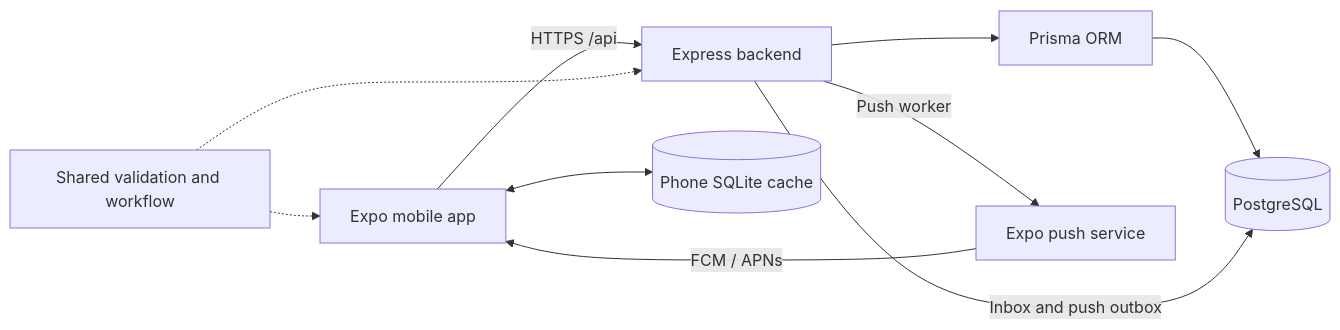
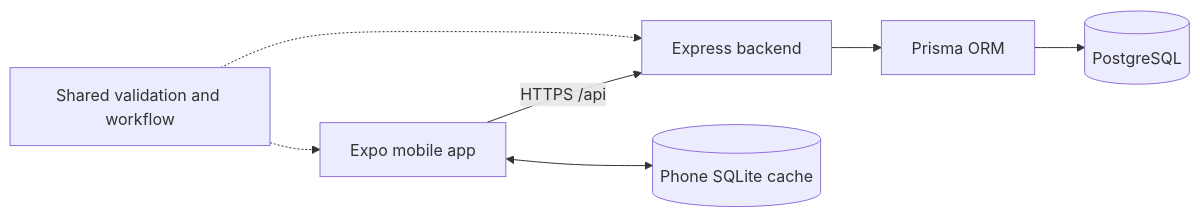
One commit to samiksha-jangid27/LaundryTrack changed the diagram in README.md. Above: the diagram before and after it, drawn with Mermaid. The commit also changed other lines of this file and 7 other files, not shown here.

Commit message:
Disable notification screens and background push for simplified app

````diff
--- a/README.md
+++ b/README.md
@@ -103,12 +77,9 @@
 ```mermaid
 flowchart LR
   App[Expo mobile app] -->|HTTPS /api| API[Express backend]
   API --> Prisma[Prisma ORM]
   Prisma --> DB[(PostgreSQL)]
-  API -->|Inbox and push outbox| DB
-  API -->|Push worker| ExpoPush[Expo push service]
-  ExpoPush -->|FCM / APNs| App
   App <--> Cache[(Phone SQLite cache)]
   Shared[Shared validation and workflow] -.-> App
   Shared -.-> API
 ```
````
